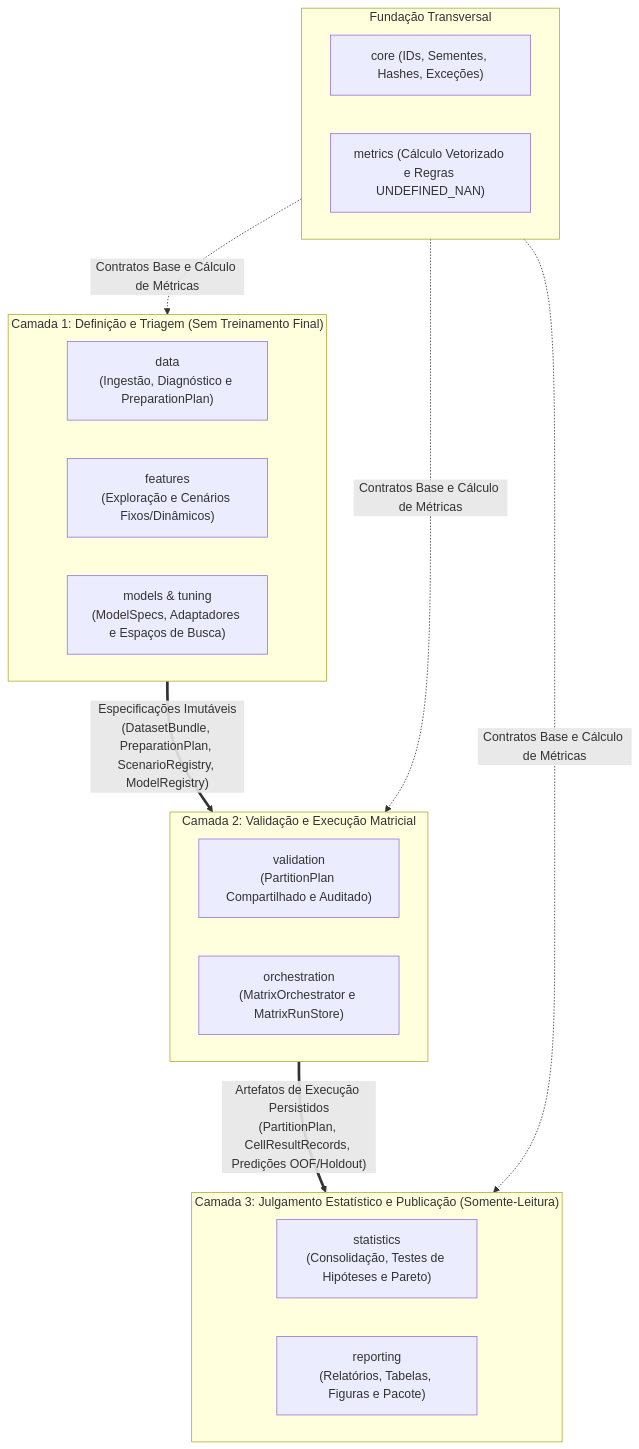
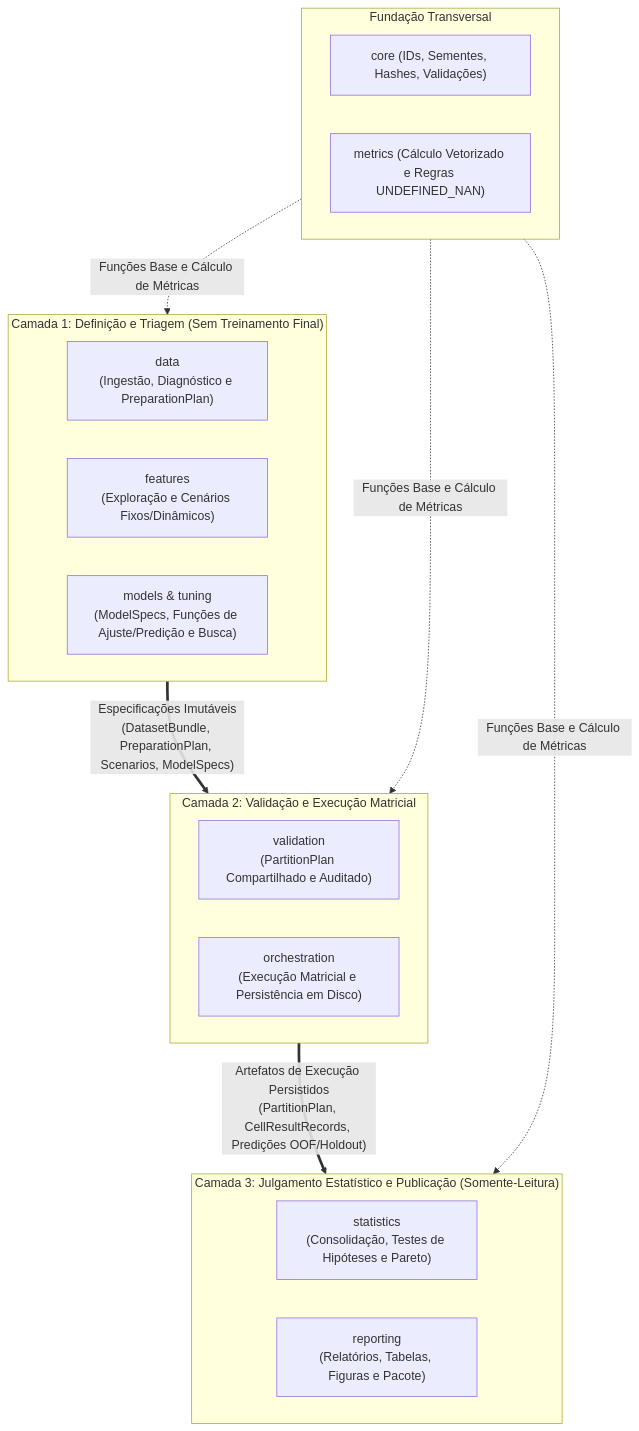
The first of 4 diagrams in engenharia_software/ARQUITETURA_E_CONTRATOS.md (aleerangel/experimental-ml-framework), drawn with Mermaid before and after one commit. The commit also changed other lines of this file and 3 other files, not shown here.

````diff
--- a/engenharia_software/ARQUITETURA_E_CONTRATOS.md
+++ b/engenharia_software/ARQUITETURA_E_CONTRATOS.md
@@ -74,33 +75,33 @@
 ```mermaid
 flowchart TD
     subgraph Camada_1["Camada 1: Definição e Triagem (Sem Treinamento Final)"]
         direction LR
         M_Data["data<br/>(Ingestão, Diagnóstico e PreparationPlan)"]
         M_Features["features<br/>(Exploração e Cenários Fixos/Dinâmicos)"]
-        M_Models["models & tuning<br/>(ModelSpecs, Adaptadores e Espaços de Busca)"]
+        M_Models["models & tuning<br/>(ModelSpecs, Funções de Ajuste/Predição e Busca)"]
     end
 
     subgraph Camada_2["Camada 2: Validação e Execução Matricial"]
         direction LR
         M_Validation["validation<br/>(PartitionPlan Compartilhado e Auditado)"]
-        M_Orchestration["orchestration<br/>(MatrixOrchestrator e MatrixRunStore)"]
+        M_Orchestration["orchestration<br/>(Execução Matricial e Persistência em Disco)"]
     end
 
     subgraph Camada_3["Camada 3: Julgamento Estatístico e Publicação (Somente-Leitura)"]
         direction LR
         M_Statistics["statistics<br/>(Consolidação, Testes de Hipóteses e Pareto)"]
         M_Reporting["reporting<br/>(Relatórios, Tabelas, Figuras e Pacote)"]
     end
 
     subgraph Base_Transversal["Fundação Transversal"]
         direction LR
-        M_Core["core (IDs, Sementes, Hashes, Exceções)"]
+        M_Core["core (IDs, Sementes, Hashes, Validações)"]
         M_Metrics["metrics (Cálculo Vetorizado e Regras UNDEFINED_NAN)"]
     end
 
-    Camada_1 ==>|"Especificações Imutáveis<br/>(DatasetBundle, PreparationPlan, ScenarioRegistry, ModelRegistry)"| Camada_2
+    Camada_1 ==>|"Especificações Imutáveis<br/>(DatasetBundle, PreparationPlan, Scenarios, ModelSpecs)"| Camada_2
     Camada_2 ==>|"Artefatos de Execução Persistidos<br/>(PartitionPlan, CellResultRecords, Predições OOF/Holdout)"| Camada_3
-    Base_Transversal -.->|"Contratos Base e Cálculo de Métricas"| Camada_1
-    Base_Transversal -.->|"Contratos Base e Cálculo de Métricas"| Camada_2
-    Base_Transversal -.->|"Contratos Base e Cálculo de Métricas"| Camada_3
+    Base_Transversal -.->|"Funções Base e Cálculo de Métricas"| Camada_1
+    Base_Transversal -.->|"Funções Base e Cálculo de Métricas"| Camada_2
+    Base_Transversal -.->|"Funções Base e Cálculo de Métricas"| Camada_3
 ```
````
